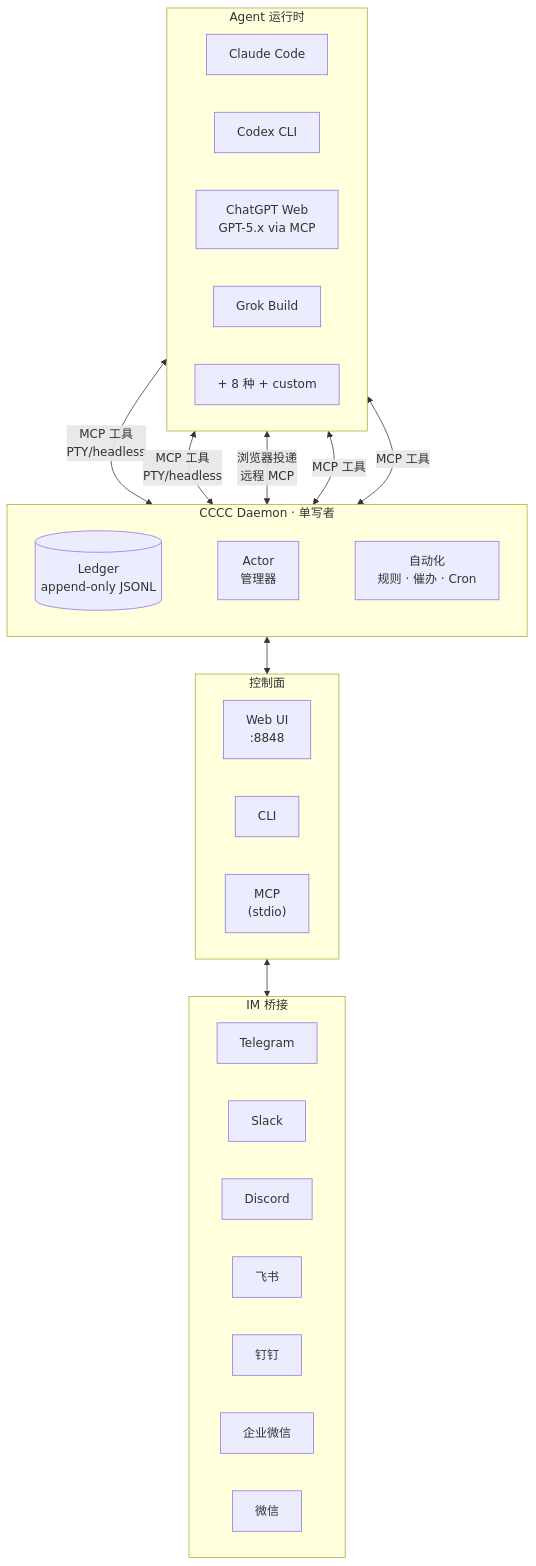
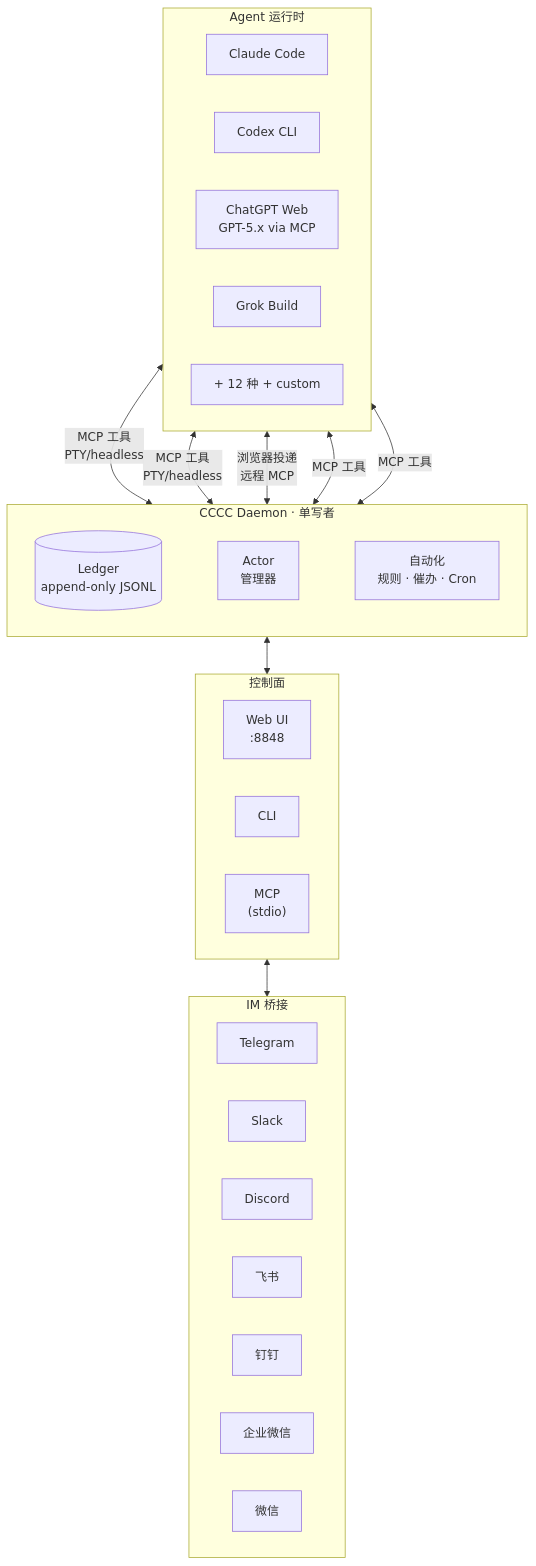
Before and after one commit to ChesterRa/cccc: the diagram in README.zh-CN.md, drawn with Mermaid. The commit also changed other lines of this file and 29 other files, not shown here.

````diff
--- a/README.zh-CN.md
+++ b/README.zh-CN.md
@@ -130,46 +130,46 @@
 ```mermaid
 graph TB
     subgraph Agents["Agent 运行时"]
         direction LR
         A1["Claude Code"]
         A2["Codex CLI"]
         A3["ChatGPT Web<br/>GPT-5.x via MCP"]
         A4["Grok Build"]
-        A5["+ 8 种 + custom"]
+        A5["+ 12 种 + custom"]
     end
 
     subgraph Daemon["CCCC Daemon · 单写者"]
         direction LR
         Ledger[("Ledger<br/>append-only JSONL")]
         ActorMgr["Actor<br/>管理器"]
         Auto["自动化<br/>规则 · 催办 · Cron"]
         Ledger ~~~ ActorMgr ~~~ Auto
     end
 
     subgraph Ports["控制面"]
         direction LR
         Web["Web UI<br/>:8848"]
         CLI["CLI"]
         MCP["MCP<br/>(stdio)"]
     end
 
     subgraph IM["IM 桥接"]
         direction LR
         TG["Telegram"]
         SL["Slack"]
         DC["Discord"]
         FS["飞书"]
         DT["钉钉"]
         WC["企业微信"]
         WX["微信"]
     end
 
     A1 <-->|MCP 工具<br/>PTY/headless| Daemon
     A2 <-->|MCP 工具<br/>PTY/headless| Daemon
     A3 <-->|浏览器投递<br/>远程 MCP| Daemon
     A4 <-->|MCP 工具| Daemon
     A5 <-->|MCP 工具| Daemon
     Daemon <--> Ports
     Web <--> IM
 
 ```
````
